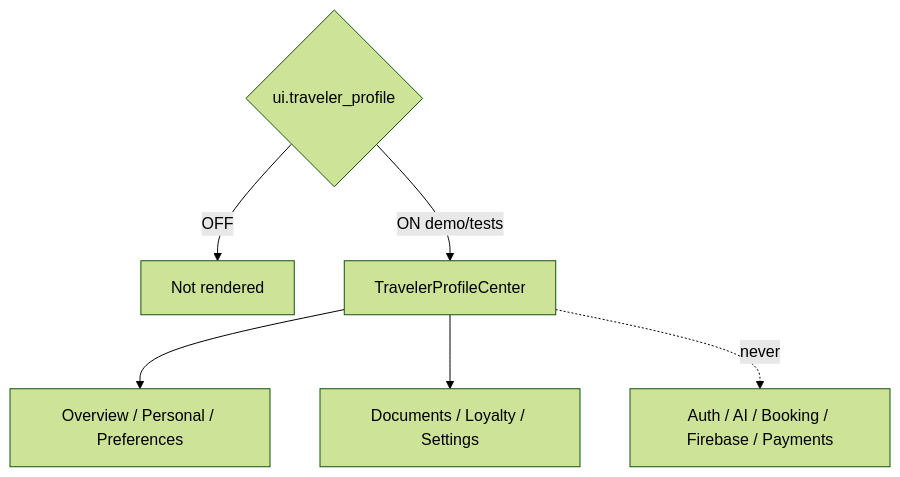
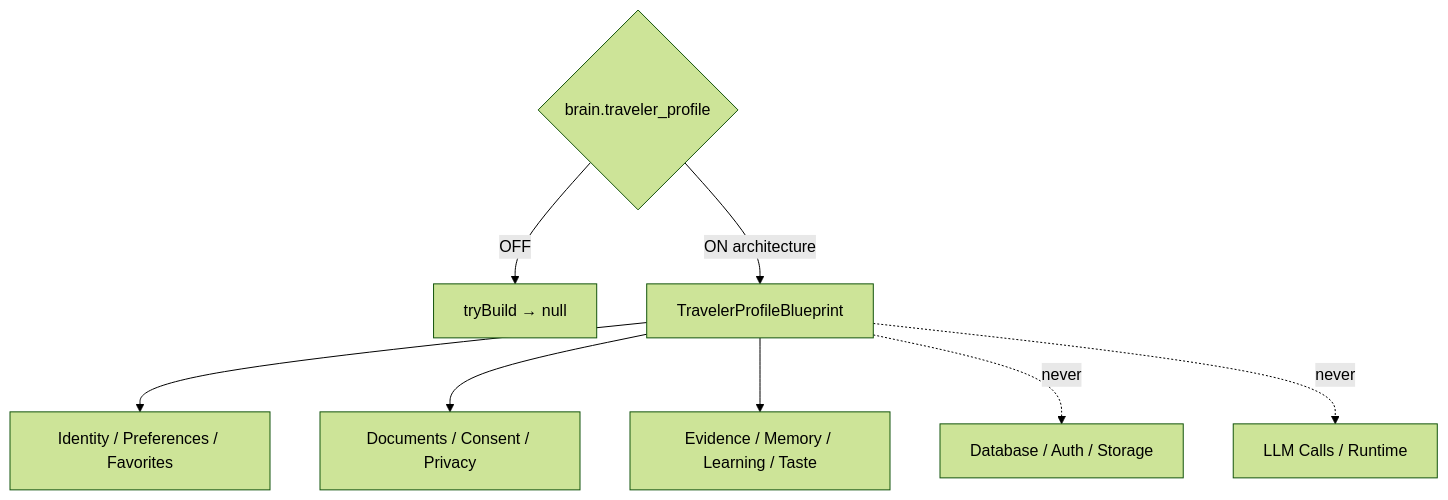
Before and after one commit to SamiAlamoudi/rahhal-ai-platform: the diagram in AI_TRAVELER_PROFILE.md, drawn with Mermaid (forest theme). The commit also changed other lines of this file and 14 other files, not shown here.

First line of the commit message:
feat(ai): add Traveler Profile Foundation architecture (Phase 7 Stage 1)

````diff
--- a/AI_TRAVELER_PROFILE.md
+++ b/AI_TRAVELER_PROFILE.md
@@ -17,9 +23,11 @@
 ```mermaid
 flowchart TD
-  Flag{ui.traveler_profile}
-  Flag -->|OFF| Null[Not rendered]
-  Flag -->|ON demo/tests| TP[TravelerProfileCenter]
-  TP --> Profile[Overview / Personal / Preferences]
-  TP --> Docs[Documents / Loyalty / Settings]
-  TP -.->|never| Engines[Auth / AI / Booking / Firebase / Payments]
+  Flag{brain.traveler_profile}
+  Flag -->|OFF| Null[tryBuild → null]
+  Flag -->|ON architecture| BP[TravelerProfileBlueprint]
+  BP --> Core[Identity / Preferences / Favorites]
+  BP --> Docs[Documents / Consent / Privacy]
+  BP --> AI[Evidence / Memory / Learning / Taste]
+  BP -.->|never| DB[Database / Auth / Storage]
+  BP -.->|never| LLM[LLM Calls / Runtime]
 ```
````
